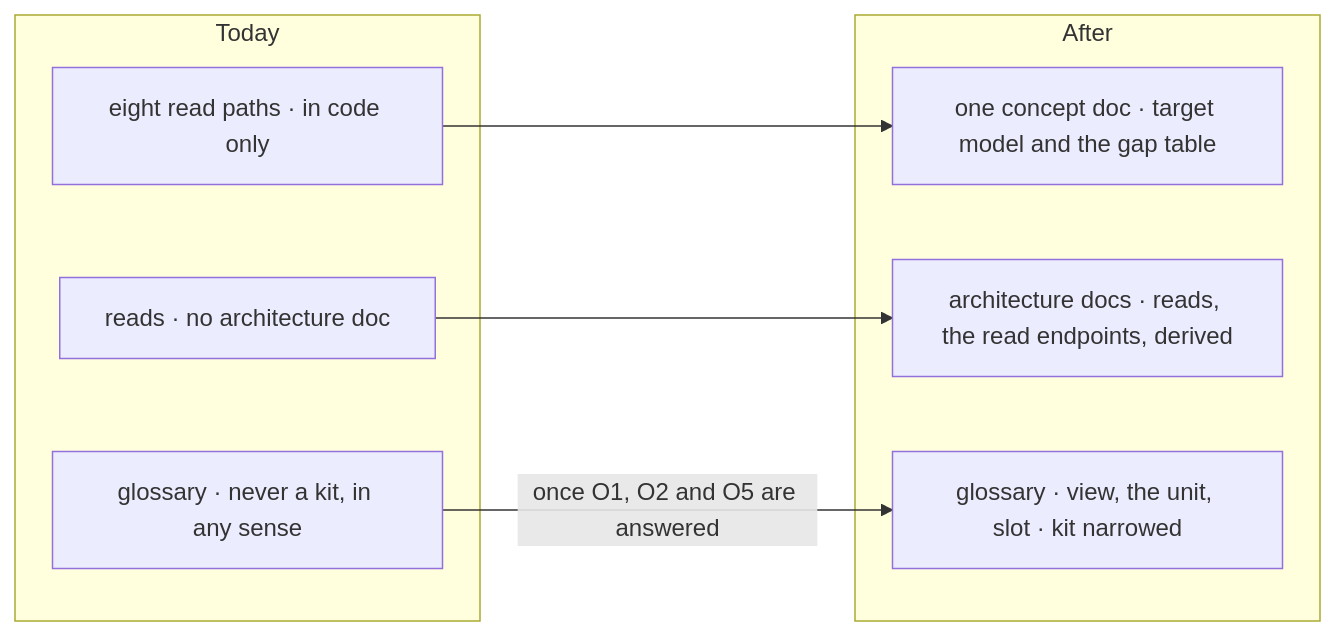
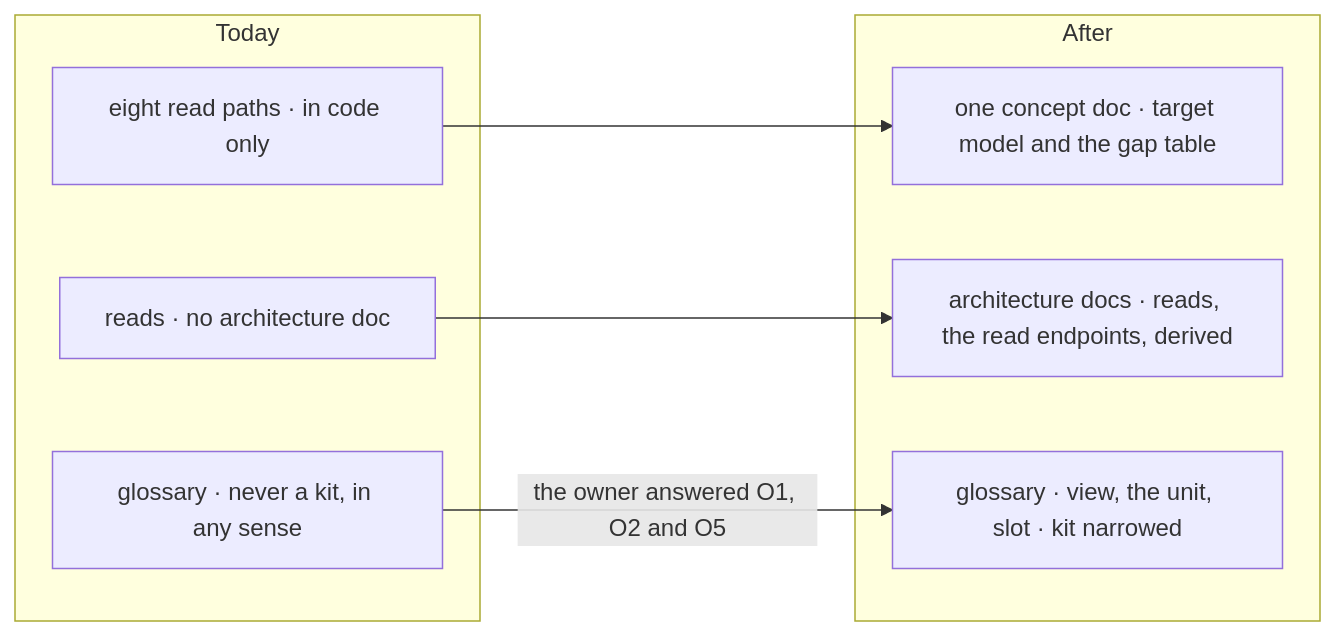
One commit to fixpoint-labs/flow-state-dev changed the diagram in specs/issues/FIX-2619/SPEC.md. Above: the diagram before and after it, drawn with Mermaid. The commit also changed other lines of this file and 20 other files, not shown here.

First line of the commit message:
spec(FIX-2618): record the owner's decisions on O1, O2, O4, O5 and ER-8; amend FIX-2619 and FIX-2622

````diff
--- a/specs/issues/FIX-2619/SPEC.md
+++ b/specs/issues/FIX-2619/SPEC.md
@@ -39,16 +39,16 @@
 ```mermaid
 flowchart LR
   subgraph today["Today"]
     A1["eight read paths · in code only"]
     A2["reads · no architecture doc"]
     A3["glossary · never a kit, in any sense"]
   end
   subgraph after["After"]
     B1["one concept doc · target model and the gap table"]
     B2["architecture docs · reads, the read endpoints, derived"]
     B3["glossary · view, the unit, slot · kit narrowed"]
   end
   A1 --> B1
   A2 --> B2
-  A3 -->|"once O1, O2 and O5 are answered"| B3
+  A3 -->|"the owner answered O1, O2 and O5"| B3
 ```
````
